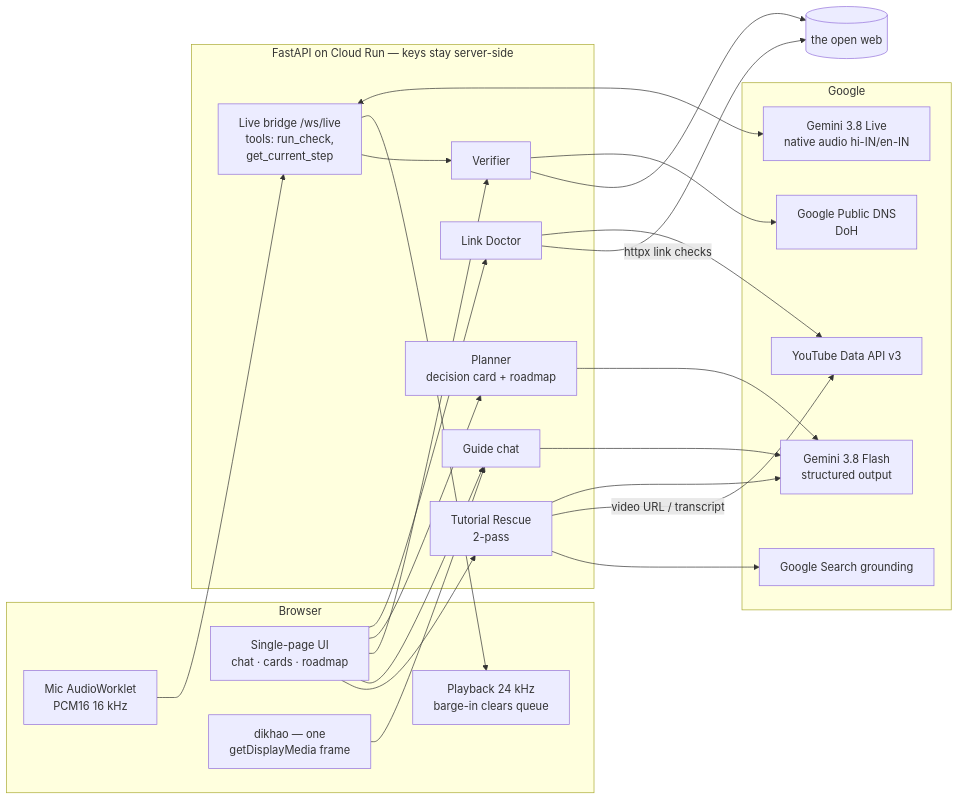
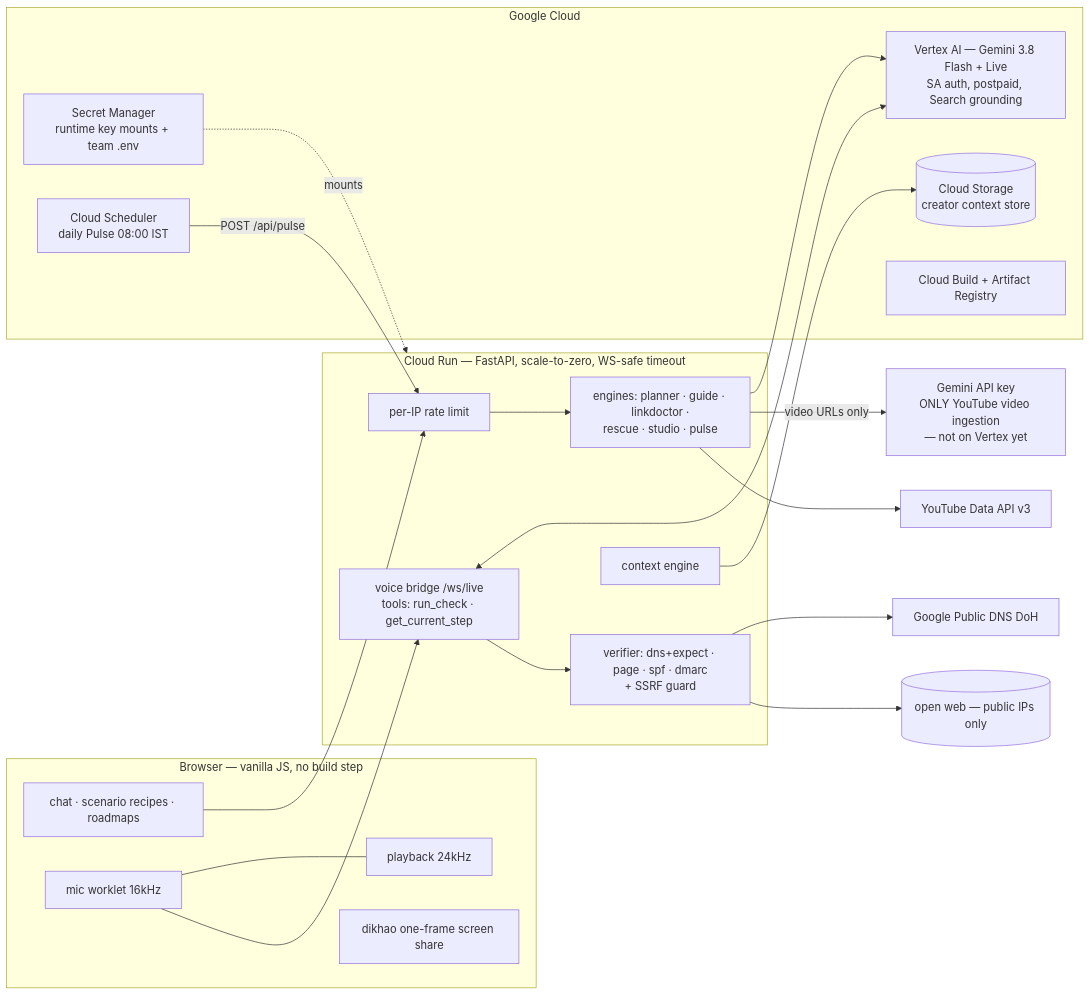
The diagram in docs/architecture.md (jpooja139/raahi), drawn with Mermaid before and after one commit. The commit also changed other lines of this file, not shown here.

First line of the commit message:
docs: platinum architecture — principles enforced in code, failure-mode table, anti-over-engineering ledger, triggered evolution

````diff
--- a/docs/architecture.md
+++ b/docs/architecture.md
@@ -3,40 +20,40 @@
 ```mermaid
 flowchart LR
-  subgraph Browser
-    UI[Single-page UI<br/>chat · cards · roadmap]
-    MIC[Mic AudioWorklet<br/>PCM16 16 kHz]
-    SPK[Playback 24 kHz<br/>barge-in clears queue]
-    SHOT["dikhao" — one<br/>getDisplayMedia frame]
+  subgraph Client[Browser — vanilla JS, no build step]
+    UI[chat · scenario recipes · roadmaps]
+    MIC[mic worklet 16kHz] --- SPK[playback 24kHz]
+    SHOT["dikhao" one-frame screen share]
   end
 
-  subgraph FastAPI[FastAPI on Cloud Run — keys stay server-side]
-    LD[Link Doctor]
-    PL[Planner<br/>decision card + roadmap]
-    VR[Verifier]
-    GD[Guide chat]
-    RS[Tutorial Rescue<br/>2-pass]
-    LV[Live bridge /ws/live<br/>tools: run_check,<br/>get_current_step]
+  subgraph Run[Cloud Run — FastAPI, scale-to-zero, WS-safe timeout]
+    RL[per-IP rate limit]
+    ENG[engines: planner · guide · linkdoctor ·<br/>rescue · studio · pulse]
+    VER[verifier: dns+expect · page · spf · dmarc<br/>+ SSRF guard]
+    LIVE[voice bridge /ws/live<br/>tools: run_check · get_current_step]
+    CTX[context engine]
   end
 
-  subgraph Google
-    YT[YouTube Data API v3]
-    GM[Gemini 3.8 Flash<br/>structured output]
-    GS[Google Search grounding]
-    GL[Gemini 3.8 Live<br/>native audio hi-IN/en-IN]
-    DNS[Google Public DNS<br/>DoH]
+  subgraph GCP[Google Cloud]
+    VAI[Vertex AI — Gemini 3.8 Flash + Live<br/>SA auth, postpaid, Search grounding]
+    SM[Secret Manager<br/>runtime key mounts + team .env]
+    GCS[(Cloud Storage<br/>creator context store)]
+    SCH[Cloud Scheduler<br/>daily Pulse 08:00 IST]
+    CB[Cloud Build + Artifact Registry]
   end
 
-  UI --> LD --> YT
-  LD -->|httpx link checks| WEB[(the open web)]
-  UI --> PL --> GM
-  UI --> VR --> DNS
-  VR --> WEB
-  UI --> GD --> GM
-  SHOT --> GD
-  UI --> RS --> GM
-  RS -->|video URL / transcript| YT
-  RS --> GS
-  MIC --> LV <--> GL
-  LV --> SPK
-  LV --> VR
+  KEY[Gemini API key<br/>ONLY YouTube video ingestion<br/>— not on Vertex yet]
+  YT[YouTube Data API v3]
+  DNS[Google Public DNS DoH]
+  WEB[(open web — public IPs only)]
+
+  UI --> RL --> ENG
+  MIC --> LIVE <--> VAI
+  LIVE --> VER
+  ENG --> VAI
+  ENG -->|video URLs only| KEY
+  ENG --> YT
+  VER --> DNS & WEB
+  CTX --> GCS
+  SCH -->|POST /api/pulse| RL
+  SM -.mounts.-> Run
 ```
````
